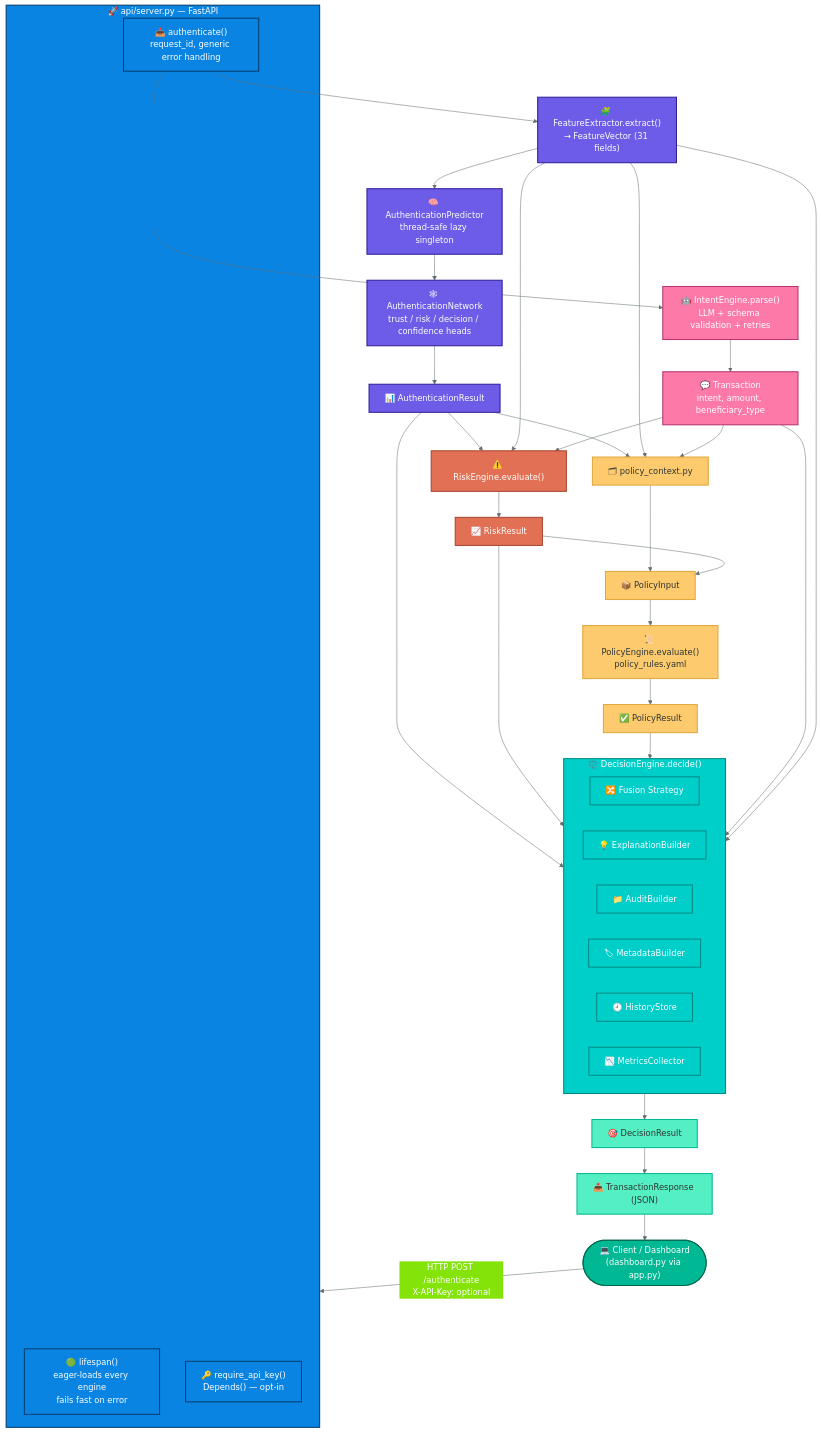
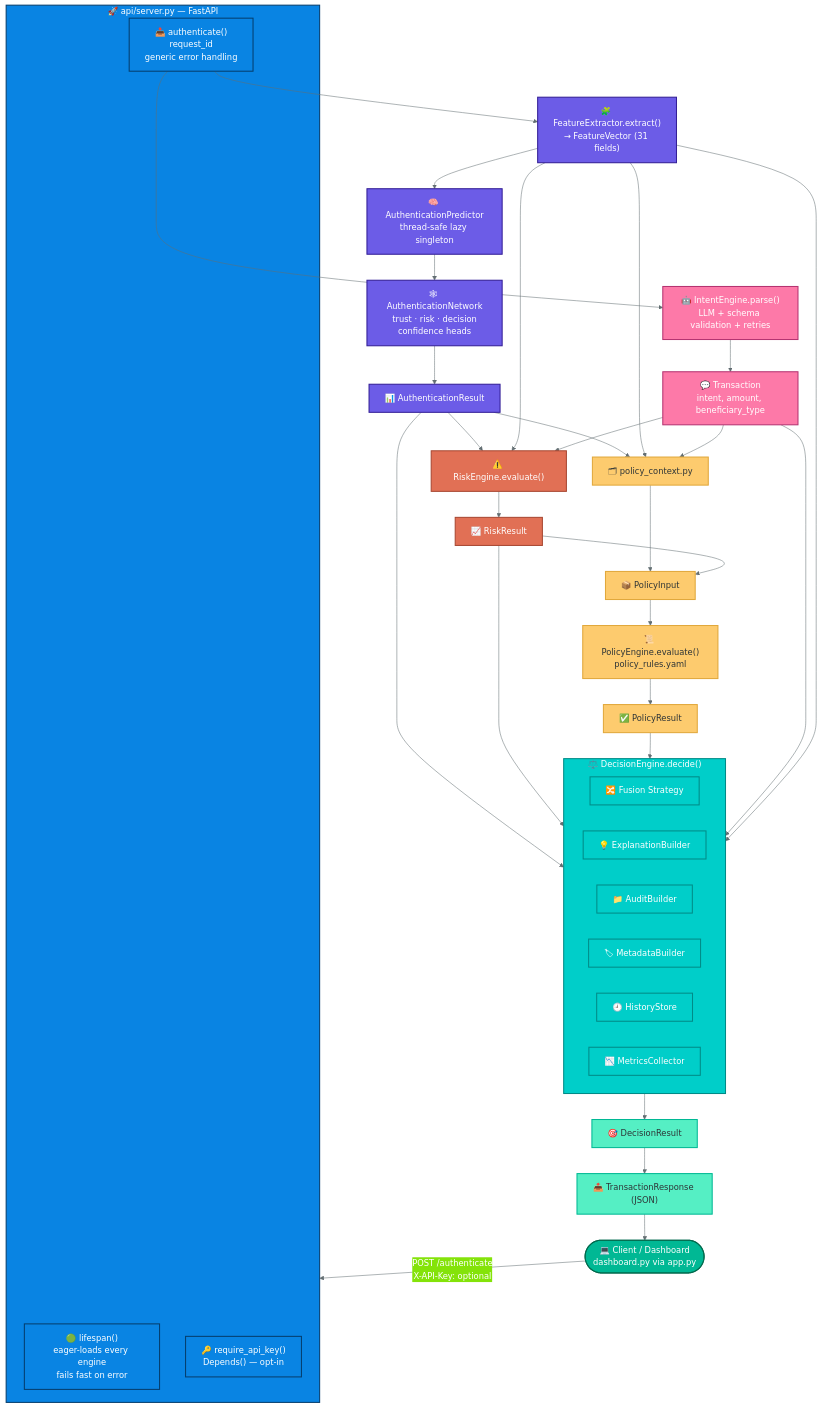
One commit to couder-04/NeuralAuth changed the second of 15 diagrams in README.md. Above: the diagram before and after it, drawn with Mermaid. The commit also changed other lines of this file, not shown here.

````diff
--- a/README.md
+++ b/README.md
@@ -119,69 +119,69 @@
 ```mermaid
 %%{init: {'theme':'base', 'themeVariables': {'primaryColor':'#0984e3','primaryTextColor':'#fff','primaryBorderColor':'#2d3436','lineColor':'#636e72'}}}%%
 flowchart TD
-    Client(["💻 Client / Dashboard\n(dashboard.py via app.py)"]) -->|HTTP POST /authenticate\nX-API-Key: optional| API
+    Client(["💻 Client / Dashboard<br/>dashboard.py via app.py"]) -->|"POST /authenticate<br/>X-API-Key: optional"| API
 
     subgraph API["🚀 api/server.py — FastAPI"]
-        Lifespan["🟢 lifespan()\neager-loads every engine\nfails fast on error"]
-        Auth["🔑 require_api_key()\nDepends() — opt-in"]
-        Route["📥 authenticate()\nrequest_id, generic error handling"]
+        Lifespan["🟢 lifespan()<br/>eager-loads every engine<br/>fails fast on error"]
+        Auth["🔑 require_api_key()<br/>Depends() — opt-in"]
+        Route["📥 authenticate()<br/>request_id<br/>generic error handling"]
     end
 
-    Route --> FE["🧩 FeatureExtractor.extract()\n→ FeatureVector (31 fields)"]
-    FE --> Pred["🧠 AuthenticationPredictor\nthread-safe lazy singleton"]
-    Pred --> Net["🕸 AuthenticationNetwork\ntrust / risk / decision / confidence heads"]
+    Route --> FE["🧩 FeatureExtractor.extract()<br/>→ FeatureVector (31 fields)"]
+    FE --> Pred["🧠 AuthenticationPredictor<br/>thread-safe lazy singleton"]
+    Pred --> Net["🕸 AuthenticationNetwork<br/>trust · risk · decision<br/>confidence heads"]
     Net --> AuthResult["📊 AuthenticationResult"]
 
-    Route --> IE["🤖 IntentEngine.parse()\nLLM + schema validation + retries"]
-    IE --> Txn["💬 Transaction\nintent, amount, beneficiary_type"]
+    Route --> IE["🤖 IntentEngine.parse()<br/>LLM + schema validation + retries"]
+    IE --> Txn["💬 Transaction<br/>intent, amount, beneficiary_type"]
 
     AuthResult --> RE["⚠️ RiskEngine.evaluate()"]
     FE --> RE
     Txn --> RE
     RE --> RiskResult["📈 RiskResult"]
 
     AuthResult --> PC["🗂 policy_context.py"]
     FE --> PC
     Txn --> PC
     PC --> PI["📦 PolicyInput"]
     RiskResult --> PI
-    PI --> PE["📜 PolicyEngine.evaluate()\npolicy_rules.yaml"]
+    PI --> PE["📜 PolicyEngine.evaluate()<br/>policy_rules.yaml"]
     PE --> PolicyResult["✅ PolicyResult"]
 
     AuthResult --> DE
     RiskResult --> DE
     PolicyResult --> DE
     Txn --> DE
     FE --> DE
 
     subgraph DE["⚖️ DecisionEngine.decide()"]
         Fusion["🔀 Fusion Strategy"]
         Explain["💡 ExplanationBuilder"]
         AuditB["📁 AuditBuilder"]
         Meta["🏷 MetadataBuilder"]
         Hist["🕘 HistoryStore"]
         Metrics["📉 MetricsCollector"]
     end
 
     DE --> DecisionResult["🎯 DecisionResult"]
     DecisionResult --> Response["📤 TransactionResponse (JSON)"]
     Response --> Client
 
     classDef client fill:#00b894,stroke:#00694c,color:#fff,stroke-width:2px
     classDef apilayer fill:#0984e3,stroke:#053e6e,color:#fff,stroke-width:2px
     classDef feature fill:#6c5ce7,stroke:#341f97,color:#fff,stroke-width:2px
     classDef intent fill:#fd79a8,stroke:#b53471,color:#fff,stroke-width:2px
     classDef risk fill:#e17055,stroke:#a84832,color:#fff,stroke-width:2px
     classDef policy fill:#fdcb6e,stroke:#e1a83c,color:#2d3436,stroke-width:2px
     classDef decision fill:#00cec9,stroke:#008b87,color:#fff,stroke-width:2px
     classDef out fill:#55efc4,stroke:#00b894,color:#2d3436,stroke-width:2px
 
     class Client client
     class API,Lifespan,Auth,Route apilayer
     class FE,Pred,Net,AuthResult feature
     class IE,Txn intent
     class RE,RiskResult risk
     class PC,PI,PE,PolicyResult policy
     class DE,Fusion,Explain,AuditB,Meta,Hist,Metrics decision
     class DecisionResult,Response out
 ```
````
